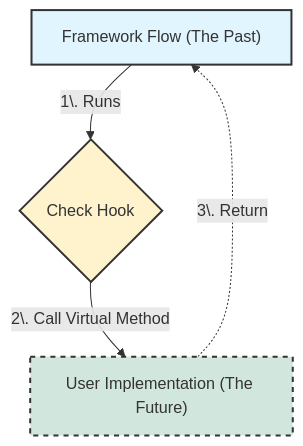
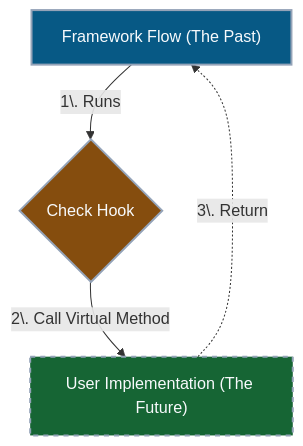
The diagram in _posts/java/05-Inheritance/2026-01-04-상속과-시점(중요).md (Kang-Hyesung/kang-hyesung.github.io), drawn with Mermaid before and after one commit. The commit also changed 74 other files, not shown here.

Commit message:
docs: update post visibility and mermaid colors

````diff
--- a/_posts/java/05-Inheritance/2026-01-04-상속과-시점(중요).md
+++ b/_posts/java/05-Inheritance/2026-01-04-상속과-시점(중요).md
@@ -39,11 +39,11 @@
 ```mermaid
 graph TD
     Flow["Framework Flow (The Past)"] -->|1\. Runs| Check{"Check Hook"}
     Check -->|2\. Call Virtual Method| Implementation["User Implementation (The Future)"]
     Implementation -.->|3\. Return| Flow
 
     %% 스타일 정의
-    style Flow fill:#e1f5fe,stroke:#333,stroke-width:2px
-    style Check fill:#fff3cd,stroke:#333,stroke-width:2px
-    style Implementation fill:#d1e7dd,stroke:#333,stroke-width:2px,stroke-dasharray: 5, 5
+    style Flow fill:#075985,stroke:#94a3b8,stroke-width:2px,color:#f8fafc
+    style Check fill:#854d0e,stroke:#94a3b8,stroke-width:2px,color:#f8fafc
+    style Implementation fill:#166534,stroke:#94a3b8,stroke-width:2px,stroke-dasharray: 5, 5,color:#f8fafc
 ```
````
